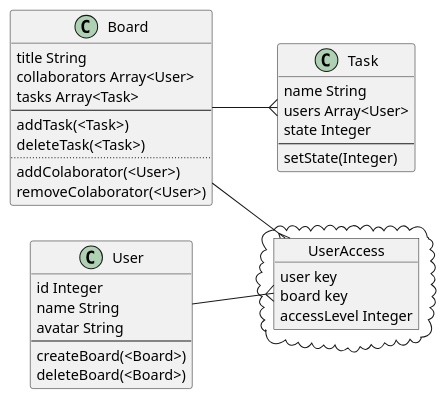
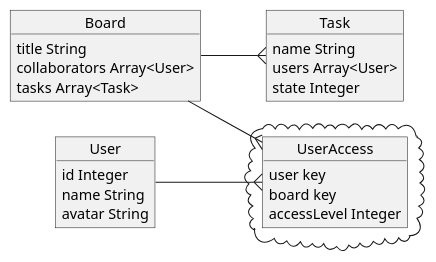
One commit to dawidchar/Whitehat-Kanban changed the diagram in Design/Classes.plantuml. Above: the diagram before and after it, drawn with PlantUML.

Commit message:
New Class Diagram

```diff
--- a/Design/Classes.plantuml
+++ b/Design/Classes.plantuml
@@ -1,43 +1,32 @@
 @startuml
 top to bottom direction
 left to right direction
-class Board {
+object Board {
     title String
     collaborators Array<User>
     tasks Array<Task>
-    --
-    addTask(<Task>)
-    deleteTask(<Task>)
-    ..
-    addColaborator(<User>)
-    removeColaborator(<User>)
 }
-class User {
+object User {
     id Integer
     name String
     avatar String
-    --
-    createBoard(<Board>)
-    deleteBoard(<Board>)
 }
 cloud {
     object UserAccess {
         user key
         board key
         accessLevel Integer
     }
 }
-class Task {
+object Task {
     name String
     users Array<User>
     state Integer
-    --
-    setState(Integer)
 }
 
 Board --{ UserAccess
 User --{ UserAccess
 Board --{ Task
 
 
 @enduml
```
